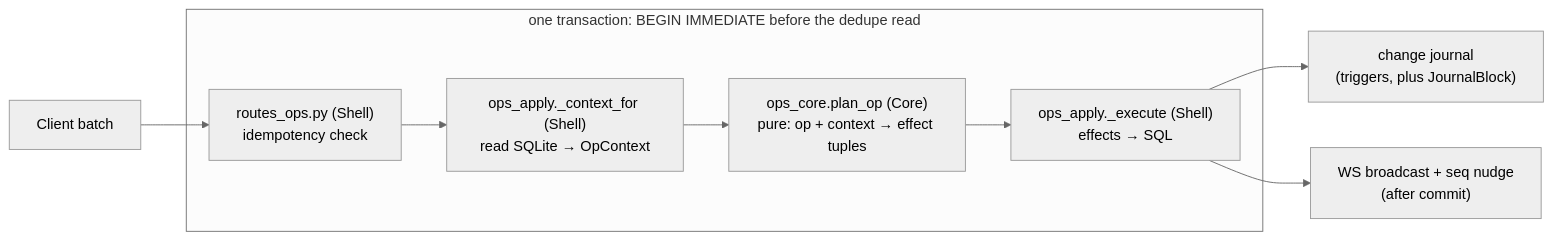
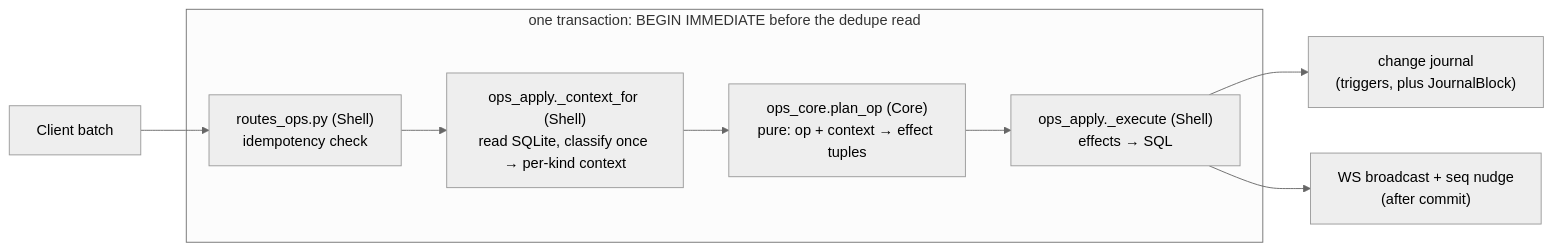
One commit to ArthurClune/pkm-system changed the second of 2 diagrams in docs/architecture/backend.md. Above: the diagram before and after it, drawn with Mermaid (neutral theme). The commit also changed other lines of this file and 5 other files, not shown here.

First line of the commit message:
docs(pkm-87w0): name the split ops modules, the skip family and the per-kind contexts

````diff
--- a/docs/architecture/backend.md
+++ b/docs/architecture/backend.md
@@ -223,11 +224,11 @@
 ```mermaid
 flowchart LR
     C[Client batch] --> R
     subgraph TX["one transaction: BEGIN IMMEDIATE before the dedupe read"]
-        R["routes_ops.py (Shell)<br/>idempotency check"] --> CTX["ops_apply._context_for (Shell)<br/>read SQLite → OpContext"]
+        R["routes_ops.py (Shell)<br/>idempotency check"] --> CTX["ops_apply._context_for (Shell)<br/>read SQLite, classify once → per-kind context"]
         CTX --> P["ops_core.plan_op (Core)<br/>pure: op + context → effect tuples"]
         P --> X["ops_apply._execute (Shell)<br/>effects → SQL"]
     end
     X --> J["change journal<br/>(triggers, plus JournalBlock)"]
     X --> B["WS broadcast + seq nudge<br/>(after commit)"]
 ```
````
